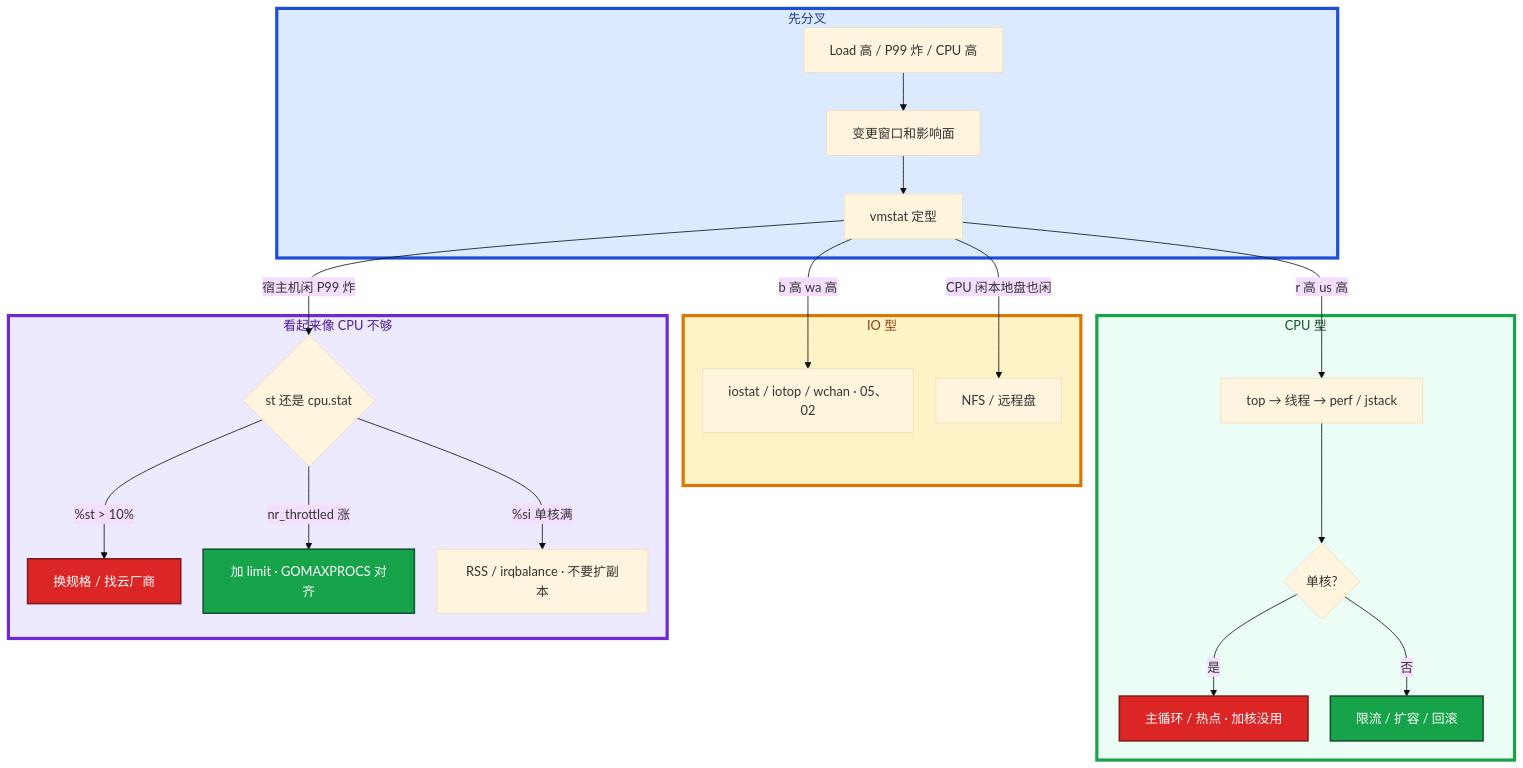
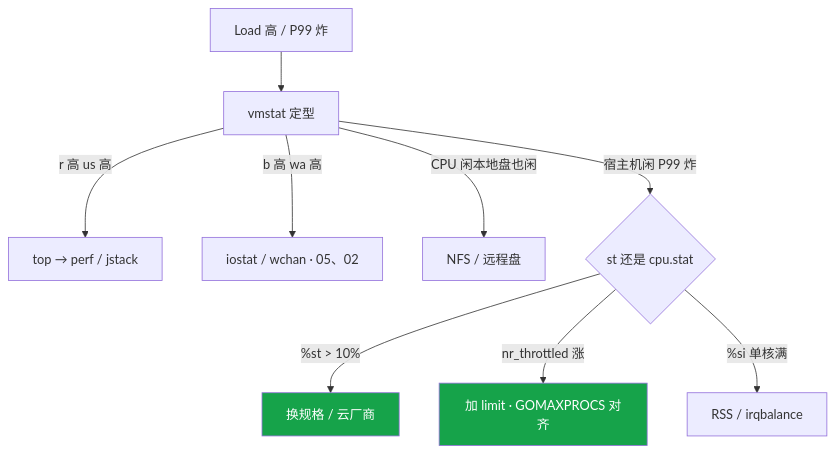
Before and after one commit to ml-cuizijun/LearnToLilith: the sixth of 6 diagrams in 02-基础底座/03-CPU与Load/知识点.md, drawn with Mermaid. The commit also changed other lines of this file and 213 other files, not shown here.

````diff
--- a/02-基础底座/03-CPU与Load/知识点.md
+++ b/02-基础底座/03-CPU与Load/知识点.md
@@ -393,37 +341,14 @@
 ```mermaid
-%%{init: {"flowchart": {"padding": 16, "nodeSpacing": 28, "rankSpacing": 48}, "theme": "base"}}%%
 flowchart TB
-    subgraph gate ["先分叉"]
-        A["Load 高 / P99 炸 / CPU 高"] --> B[变更窗口和影响面]
-        B --> C[vmstat 定型]
-    end
+    A["Load 高 / P99 炸"] --> B[vmstat 定型]
+    B -->|r 高 us 高| C[top → perf / jstack]
+    B -->|b 高 wa 高| D["iostat / wchan · 05、02"]
+    B -->|CPU 闲本地盘也闲| E[NFS / 远程盘]
+    B -->|宿主机闲 P99 炸| F{st 还是 cpu.stat}
+    F -->|%st > 10%| G[换规格 / 云厂商]
+    F -->|nr_throttled 涨| H[加 limit · GOMAXPROCS 对齐]
+    F -->|%si 单核满| I[RSS / irqbalance]
 
-    subgraph cpu ["CPU 型"]
-        C -->|r 高 us 高| D[top → 线程 → perf / jstack]
-        D --> E{单核?}
-        E -->|是| F[主循环 / 热点 · 加核没用]
-        E -->|否| G[限流 / 扩容 / 回滚]
-    end
-
-    subgraph io ["IO 型"]
-        C -->|b 高 wa 高| H["iostat / iotop / wchan · 05、02"]
-        C -->|CPU 闲本地盘也闲| I[NFS / 远程盘]
-    end
-
-    subgraph fake ["看起来像 CPU 不够"]
-        C -->|宿主机闲 P99 炸| J{st 还是 cpu.stat}
-        J -->|%st > 10%| K[换规格 / 找云厂商]
-        J -->|nr_throttled 涨| L[加 limit · GOMAXPROCS 对齐]
-        J -->|%si 单核满| M[RSS / irqbalance · 不要扩副本]
-    end
-
-    classDef ok fill:#16A34A,stroke:#14532D,stroke-width:2px,color:#fff
-    classDef bad fill:#DC2626,stroke:#7F1D1D,stroke-width:2px,color:#fff
-    class G,L ok
-    class F,K bad
-
-    style gate fill:#DBEAFE,stroke:#1D4ED8,stroke-width:4px,color:#1E3A8A
-    style cpu fill:#ECFDF5,stroke:#16A34A,stroke-width:4px,color:#14532D
-    style io fill:#FEF3C7,stroke:#D97706,stroke-width:4px,color:#92400E
-    style fake fill:#EDE9FE,stroke:#6D28D9,stroke-width:4px,color:#4C1D95
+    classDef ok fill:#16A34A,color:#fff
+    class G,H ok
 ```
````
